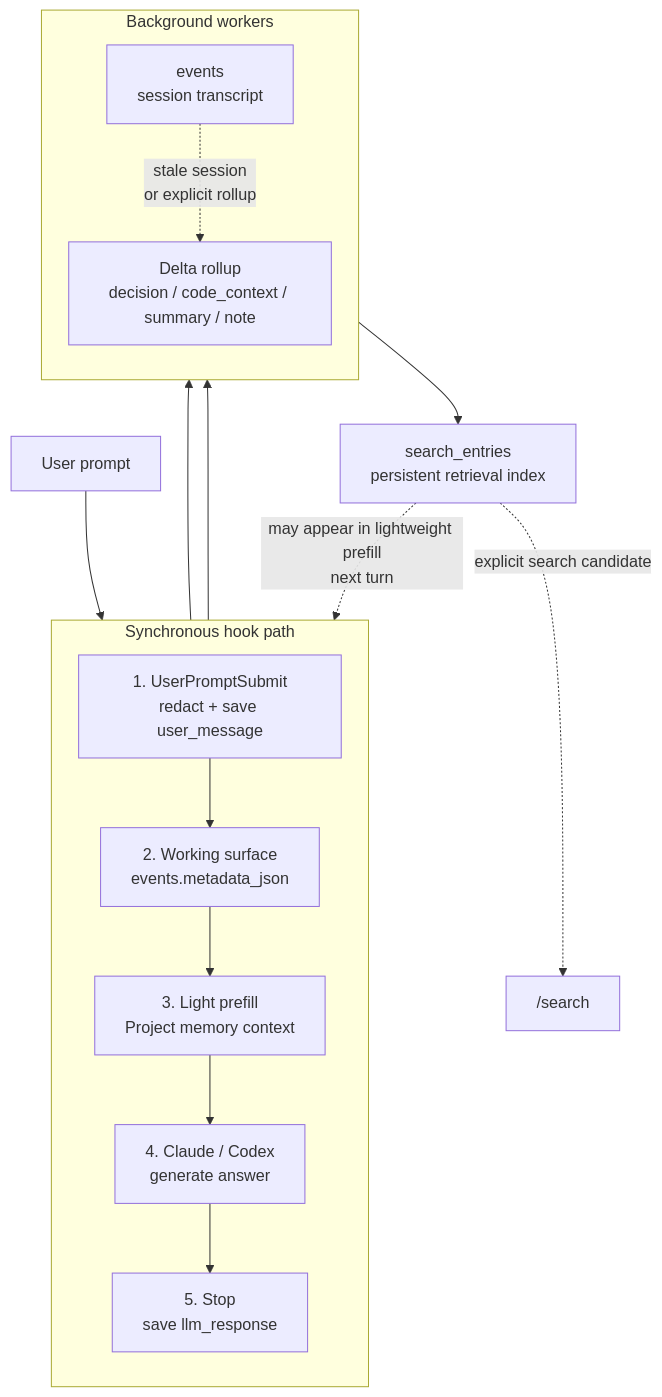
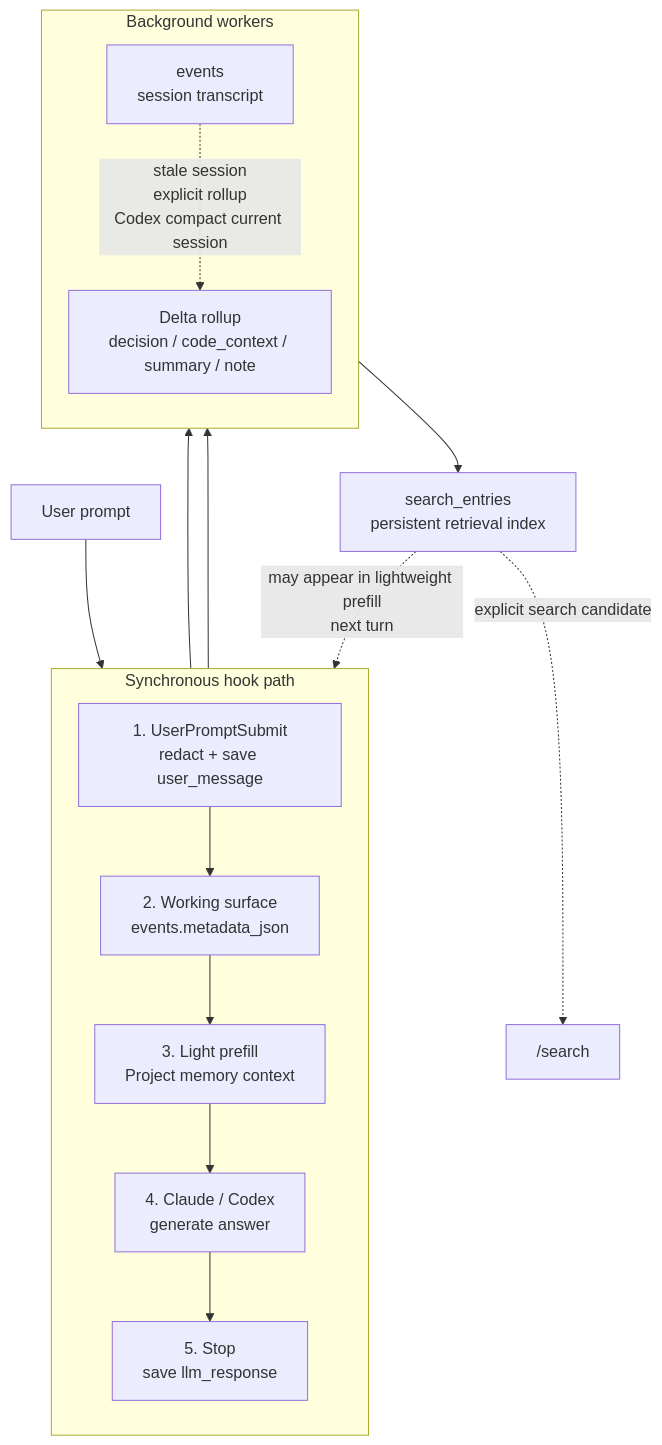
One commit to taeuk178/MultiAgentCLI changed the first of 3 diagrams in Document/flow.md. Above: the diagram before and after it, drawn with Mermaid. The commit also changed other lines of this file and 5 other files, not shown here.

````diff
--- a/Document/flow.md
+++ b/Document/flow.md
@@ -38,30 +38,30 @@
 ```mermaid
 %%{init: {'flowchart': {'useMaxWidth': true, 'rankSpacing': 44, 'nodeSpacing': 34}, 'theme': 'default'}}%%
 flowchart TB
     U["User prompt"]
 
     subgraph SYNC["Synchronous hook path"]
       direction TB
       UPS["1. UserPromptSubmit<br/>redact + save user_message"]
       SURF["2. Working surface<br/>events.metadata_json"]
       PREFILL["3. Light prefill<br/>Project memory context"]
       MODEL["4. Claude / Codex<br/>generate answer"]
       STOP["5. Stop<br/>save llm_response"]
     end
 
     subgraph ASYNC["Background workers"]
       direction TB
       EV["events<br/>session transcript"]
       ROLL["Delta rollup<br/>decision / code_context / summary / note"]
     end
 
     SEARCH_ENTRIES["search_entries<br/>persistent retrieval index"]
 
     U --> UPS --> SURF --> PREFILL --> MODEL --> STOP
     UPS --> EV
     STOP --> EV
-    EV -.stale session<br/>or explicit rollup.-> ROLL
+    EV -.stale session<br/>explicit rollup<br/>Codex compact current session.-> ROLL
     ROLL --> SEARCH_ENTRIES
     SEARCH_ENTRIES -.may appear in lightweight prefill<br/>next turn.-> PREFILL
     SEARCH_ENTRIES -.explicit search candidate.-> SEARCH["/search"]
 ```
````
